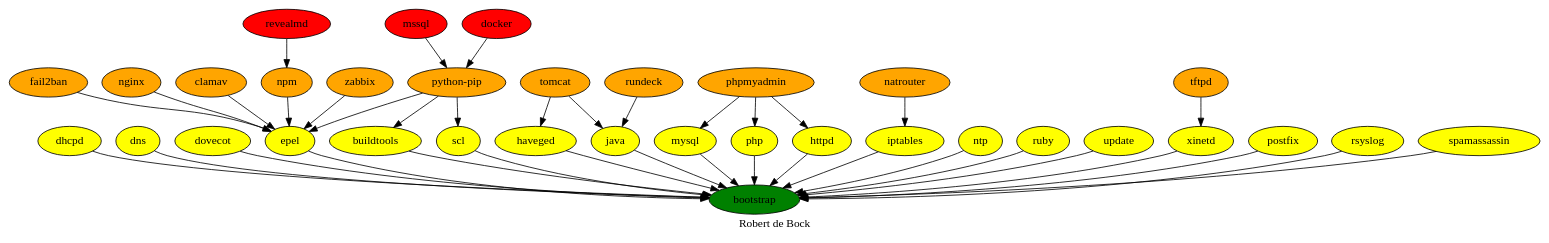
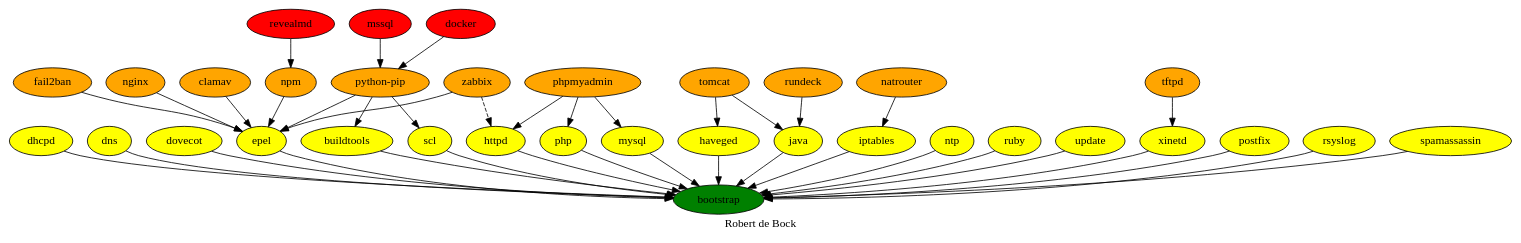
The diagram in dependencies.dot (robertdebock/robertdebock.github.io), drawn with Graphviz before and after one commit.

Commit message:
Update dependencies.dot
Adding optional dependency from zabbix to httpd.

```diff
--- a/dependencies.dot
+++ b/dependencies.dot
@@ -1,50 +1,51 @@
 digraph PhiloDilemma {
   label = "Robert de Bock" ;
   overlap=false
   {
     bootstrap [fillcolor=green style=filled]
     clamav [fillcolor=orange style=filled]
     dhcpd [fillcolor=yellow style=filled]
     dns [fillcolor=yellow style=filled]
     dovecot [fillcolor=yellow style=filled]
     epel [fillcolor=yellow style=filled]
     fail2ban [fillcolor=orange style=filled]
     haveged [fillcolor=yellow style=filled]
     httpd [fillcolor=yellow style=filled]
     iptables [fillcolor=yellow style=filled]
     java [fillcolor=yellow style=filled]
     ntp [fillcolor=yellow style=filled]
     ruby [fillcolor=yellow style=filled]
     scl [fillcolor=yellow style=filled]
     update [fillcolor=yellow style=filled]
     xinetd [fillcolor=yellow style=filled]
     buildtools [fillcolor=yellow style=filled]
     nginx [fillcolor=orange style=filled]
     "python-pip" [fillcolor=orange style=filled]
     postfix [fillcolor=yellow style=filled]
     rsyslog [fillcolor=yellow style=filled]
     spamassassin [fillcolor=yellow style=filled]
     docker [fillcolor=red style=filled]
     mysql [fillcolor=yellow style=filled]
     mssql [fillcolor=red style=filled]
     npm [fillcolor=orange style=filled]
     natrouter [fillcolor=orange style=filled]
     php [fillcolor=yellow style=filled]
     phpmyadmin [fillcolor=orange style=filled]
     revealmd [fillcolor=red style=filled]
     rundeck [fillcolor=orange style=filled]
     tftpd [fillcolor=orange style=filled]
     tomcat [fillcolor=orange style=filled]
     zabbix [fillcolor=orange style=filled]
   }
   {"buildtools" "dhcpd" "dns" "dovecot" "epel" "haveged" "httpd" "iptables" "java" "mysql" "ntp" "php" "postfix" "rsyslog" "ruby" "scl" "spamassassin" "update" "xinetd"} -> bootstrap
   {"clamav" "fail2ban" "nginx" "npm" "python-pip" "zabbix"} -> "epel"
   {"docker" "mssql"} -> "python-pip"
   "revealmd" -> "npm"
   "natrouter" -> "iptables"
   "tftpd" -> "xinetd" 
   "phpmyadmin" -> {"php" "httpd" "mysql"}
+  "zabbix" -> "httpd" [style=dashed]
   "python-pip" -> {"buildtools" "scl"}
   {"rundeck" "tomcat"} -> java
   {"tomcat"} -> haveged
 }
```
